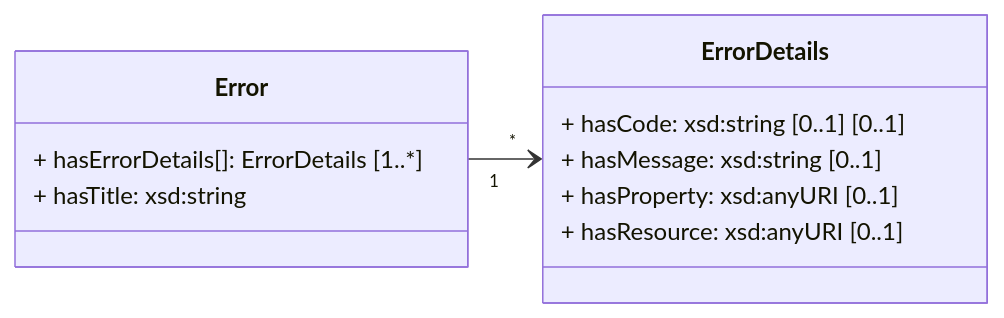
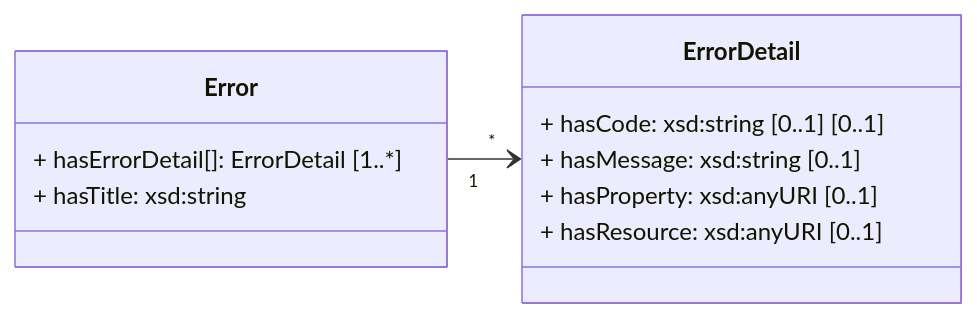
The diagram in working_draft/API/docs/implementation-guidelines.md (IATA-Cargo/ONE-Record), drawn with Mermaid before and after one commit. The commit also changed other lines of this file and 17 other files, not shown here.

Commit message:
Realingment of documentation and ontology on ErrorDetail/hasErrorDetail

````diff
--- a/working_draft/API/docs/implementation-guidelines.md
+++ b/working_draft/API/docs/implementation-guidelines.md
@@ -246,17 +246,17 @@
 ```mermaid
 classDiagram   
     direction LR   
 
    class Error{        
-        + hasErrorDetails[]: ErrorDetails [1..*]
+        + hasErrorDetail[]: ErrorDetail [1..*]
         + hasTitle: xsd:string
     }
-    Error "1" --> "*" ErrorDetails
+    Error "1" --> "*" ErrorDetail
     
-    class ErrorDetails{
+    class ErrorDetail{
         + hasCode: xsd:string  [0..1] [0..1]
         + hasMessage: xsd:string [0..1]
         + hasProperty: xsd:anyURI [0..1]
         + hasResource: xsd:anyURI [0..1]
     }
 ```
````
